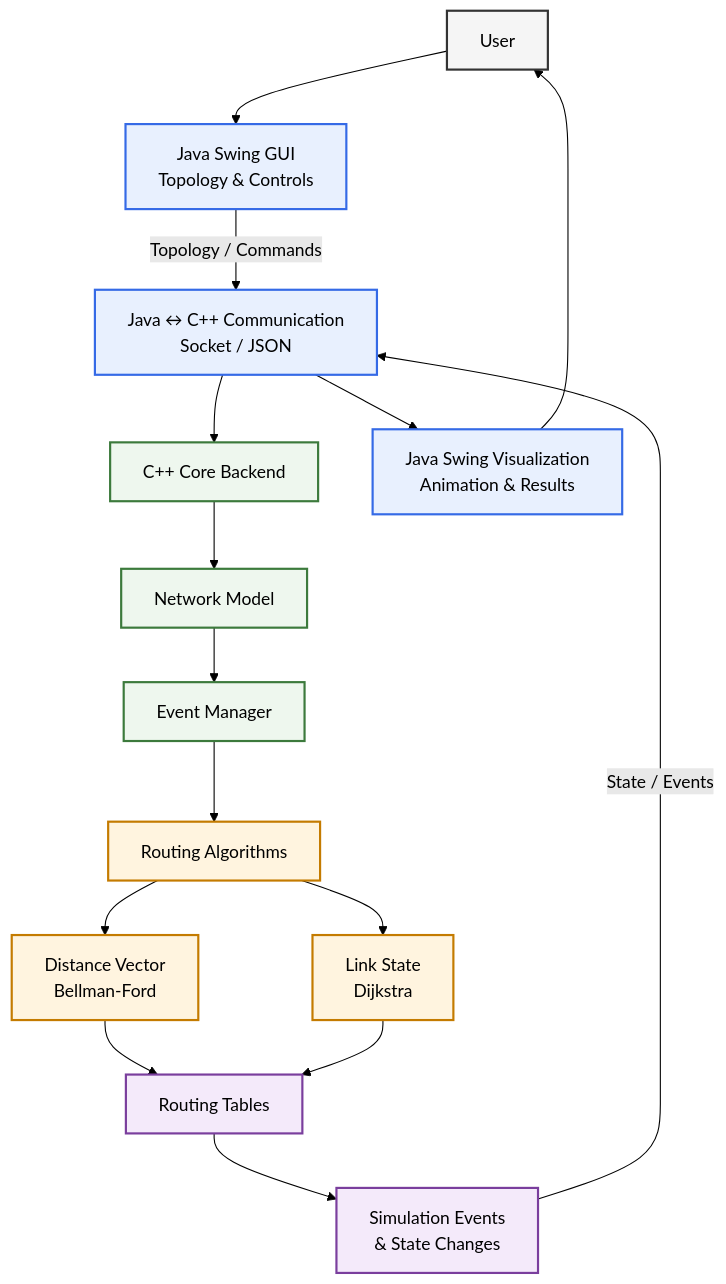
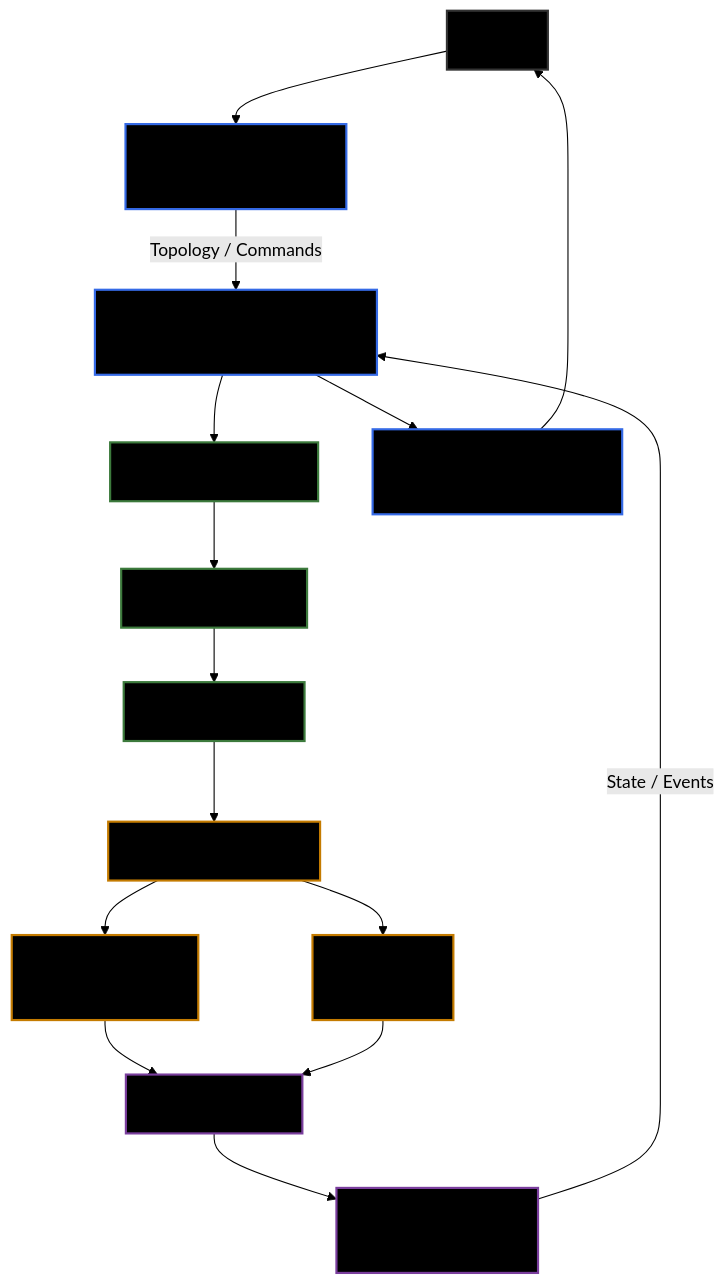
The first of 2 diagrams in docs/project_structure.md (tofazzol230/SPL-1), drawn with Mermaid (forest theme) before and after one commit. The commit also changed other lines of this file, not shown here.

````diff
--- a/docs/project_structure.md
+++ b/docs/project_structure.md
@@ -49,55 +49,55 @@
 ```mermaid
 flowchart TD
     U[User]
 
     GUI["Java Swing GUI<br/>Topology & Controls"]
     
     IPC["Java ↔ C++ Communication<br/>Socket / JSON"]
     
     CORE["C++ Core Backend"]
 
     NM["Network Model"]
     EM["Event Manager"]
     RA["Routing Algorithms"]
 
     DV["Distance Vector<br/>Bellman-Ford"]
     LS["Link State<br/>Dijkstra"]
 
     RT["Routing Tables"]
     SE["Simulation Events<br/>& State Changes"]
 
     VIZ["Java Swing Visualization<br/>Animation & Results"]
 
     U --> GUI
 
     GUI -->|"Topology / Commands"| IPC
     IPC --> CORE
 
     CORE --> NM
     NM --> EM
     EM --> RA
 
     RA --> DV
     RA --> LS
 
     DV --> RT
     LS --> RT
 
     RT --> SE
     SE -->|"State / Events"| IPC
     IPC --> VIZ
 
     VIZ --> U
 
-    classDef user fill:#f5f5f5,stroke:#333,stroke-width:2px;
-    classDef java fill:#e8f0fe,stroke:#356ae6,stroke-width:2px;
-    classDef cpp fill:#eef7ee,stroke:#3c7a3c,stroke-width:2px;
-    classDef algo fill:#fff4df,stroke:#c47b00,stroke-width:2px;
-    classDef output fill:#f4eafa,stroke:#7a3e9d,stroke-width:2px;
+    classDef user fill:#000000,stroke:#333,stroke-width:2px;
+    classDef java fill:#000000,stroke:#356ae6,stroke-width:2px;
+    classDef cpp fill:#000000,stroke:#3c7a3c,stroke-width:2px;
+    classDef algo fill:#000000,stroke:#c47b00,stroke-width:2px;
+    classDef output fill:#000000,stroke:#7a3e9d,stroke-width:2px;
 
     class U user;
     class GUI,IPC,VIZ java;
     class CORE,NM,EM cpp;
     class RA,DV,LS algo;
     class RT,SE output;
 ```
````
